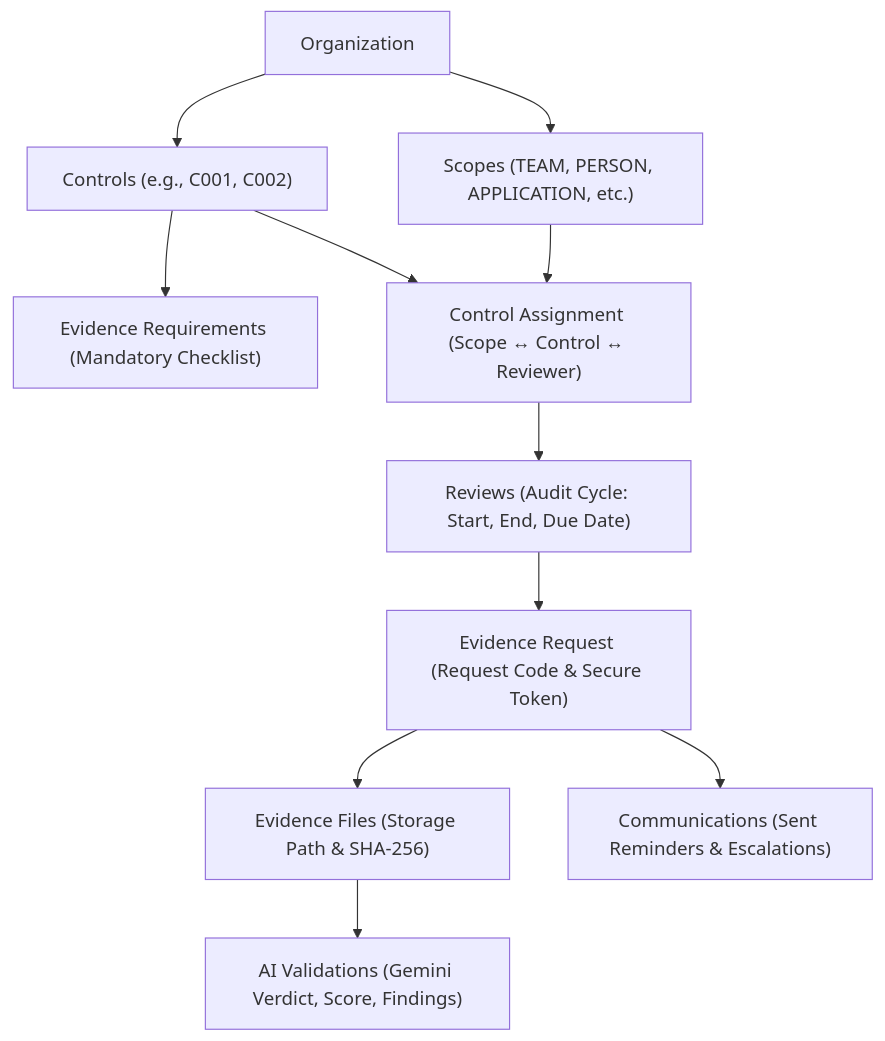
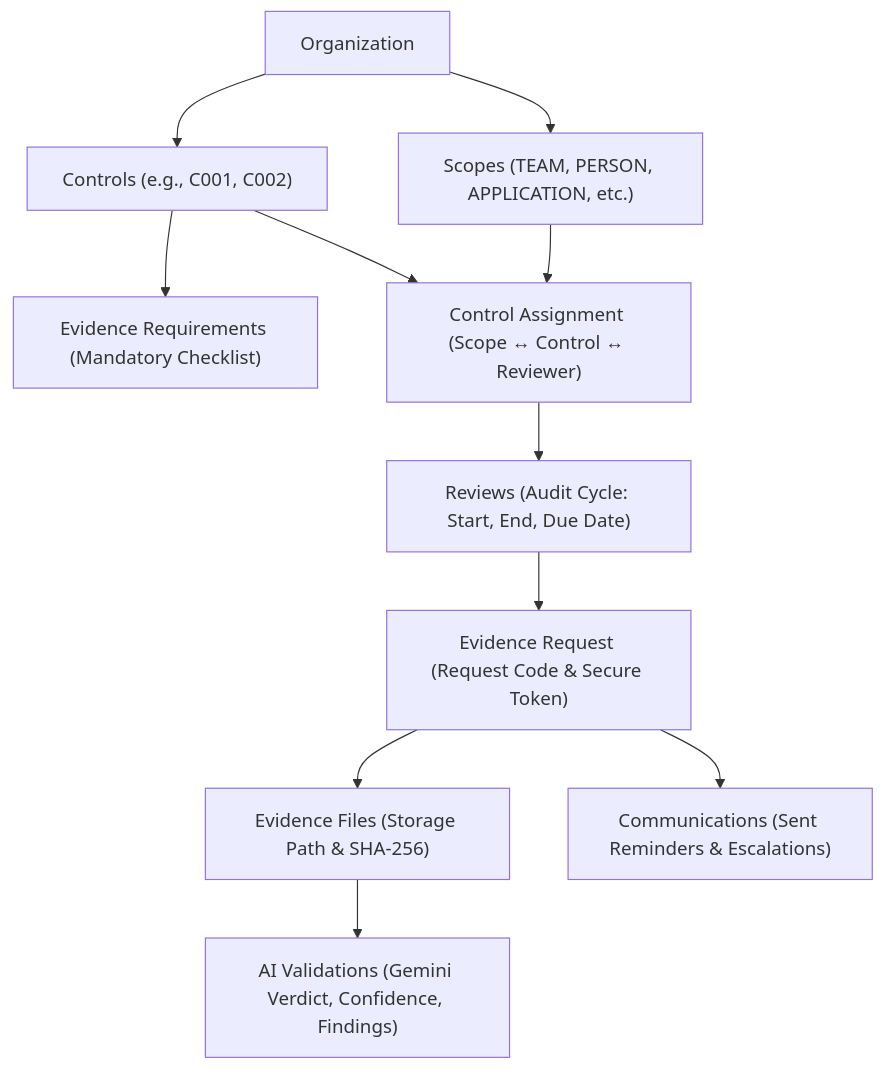
The second of 3 diagrams in README.md (DarshanHegdeP/YG-Hackathon), drawn with Mermaid before and after one commit. The commit also changed other lines of this file and 5 other files, not shown here.

````diff
--- a/README.md
+++ b/README.md
@@ -129,24 +246,24 @@
 ```mermaid
 flowchart TD
     Org["Organization"]
     Scope["Scopes (TEAM, PERSON, APPLICATION, etc.)"]
     Ctrl["Controls (e.g., C001, C002)"]
     Reqs["Evidence Requirements (Mandatory Checklist)"]
     Assign["Control Assignment (Scope ↔ Control ↔ Reviewer)"]
     Rev["Reviews (Audit Cycle: Start, End, Due Date)"]
     EvReq["Evidence Request (Request Code & Secure Token)"]
     EvFile["Evidence Files (Storage Path & SHA-256)"]
-    AIVal["AI Validations (Gemini Verdict, Score, Findings)"]
+    AIVal["AI Validations (Gemini Verdict, Confidence, Findings)"]
     Comm["Communications (Sent Reminders & Escalations)"]
 
     Org --> Scope
     Org --> Ctrl
     Ctrl --> Reqs
     Scope --> Assign
     Ctrl --> Assign
     Assign --> Rev
     Rev --> EvReq
     EvReq --> EvFile
     EvFile --> AIVal
     EvReq --> Comm
 ```
````
